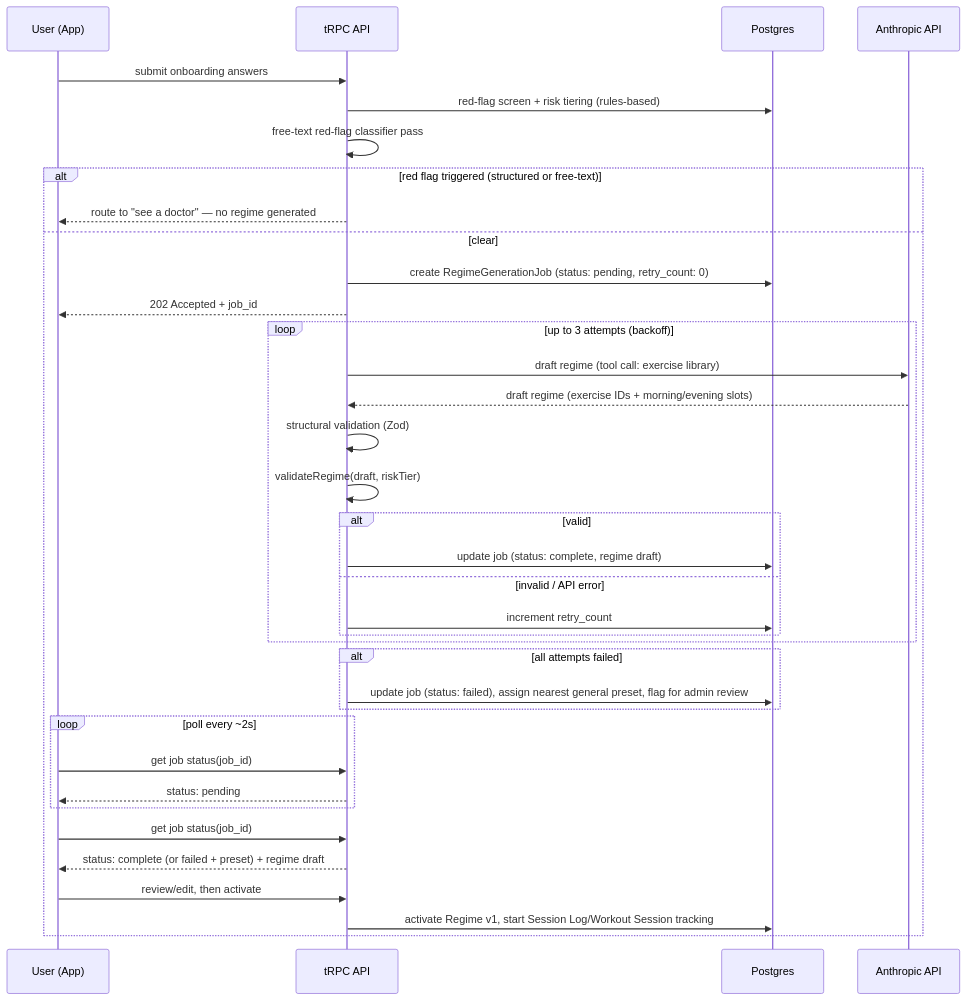
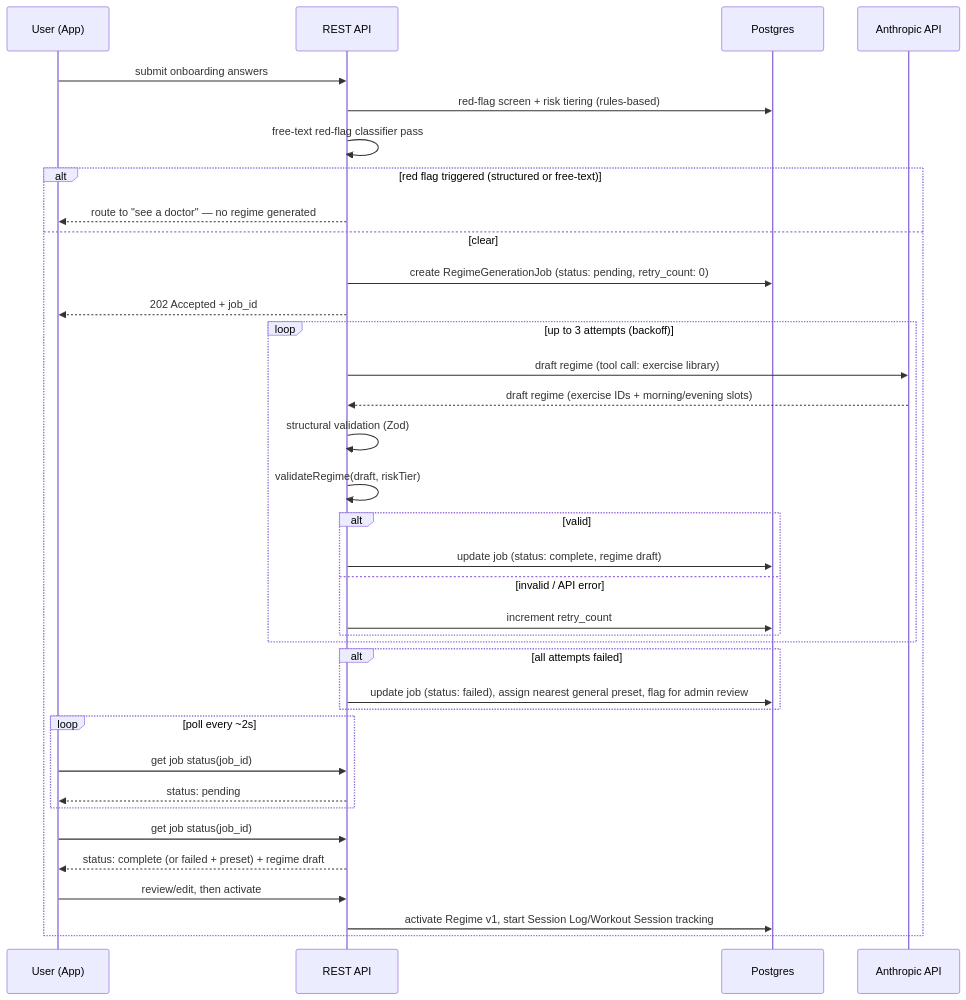
One commit to ShahidHKhan/Rebound.ai changed the second of 4 diagrams in Rebound.ai PRD.md. Above: the diagram before and after it, drawn with Mermaid. The commit also changed other lines of this file and 59 other files, not shown here.

````diff
--- a/Rebound.ai PRD.md
+++ b/Rebound.ai PRD.md
@@ -496,39 +496,39 @@
 ```mermaid
 sequenceDiagram
     participant U as User (App)
-    participant API as tRPC API
+    participant API as REST API
     participant DB as Postgres
     participant LLM as Anthropic API
 
     U->>API: submit onboarding answers
     API->>DB: red-flag screen + risk tiering (rules-based)
     API->>API: free-text red-flag classifier pass
     alt red flag triggered (structured or free-text)
         API-->>U: route to "see a doctor" — no regime generated
     else clear
         API->>DB: create RegimeGenerationJob (status: pending, retry_count: 0)
         API-->>U: 202 Accepted + job_id
         loop up to 3 attempts (backoff)
             API->>LLM: draft regime (tool call: exercise library)
             LLM-->>API: draft regime (exercise IDs + morning/evening slots)
             API->>API: structural validation (Zod)
             API->>API: validateRegime(draft, riskTier)
             alt valid
                 API->>DB: update job (status: complete, regime draft)
             else invalid / API error
                 API->>DB: increment retry_count
             end
         end
         alt all attempts failed
             API->>DB: update job (status: failed), assign nearest general preset, flag for admin review
         end
         loop poll every ~2s
             U->>API: get job status(job_id)
             API-->>U: status: pending
         end
         U->>API: get job status(job_id)
         API-->>U: status: complete (or failed + preset) + regime draft
         U->>API: review/edit, then activate
         API->>DB: activate Regime v1, start Session Log/Workout Session tracking
     end
 ```
````
